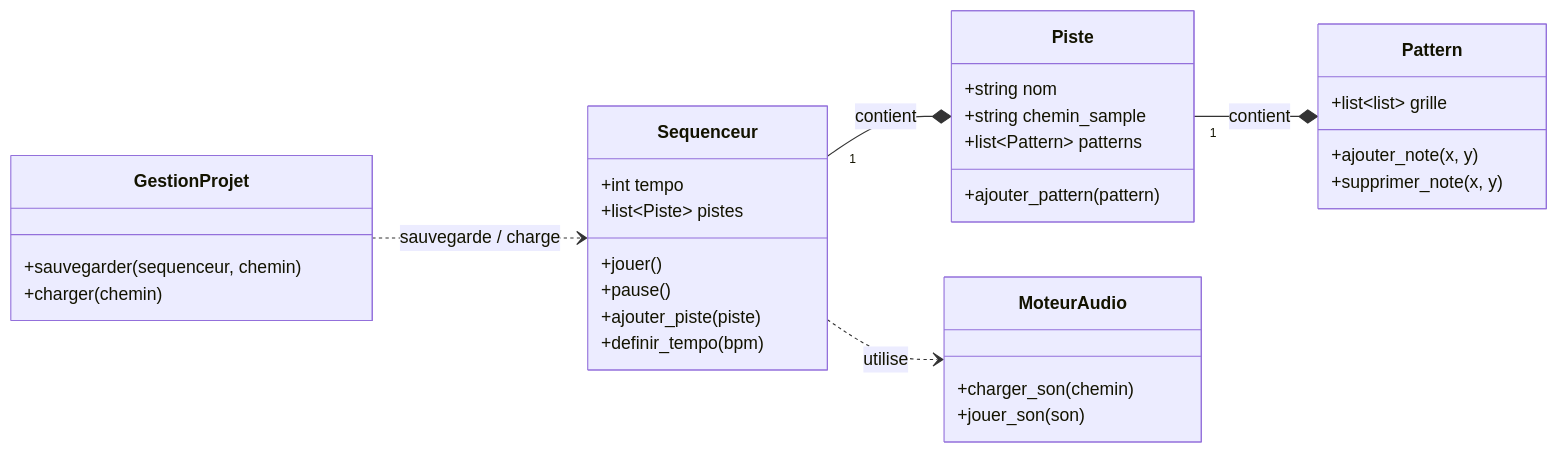
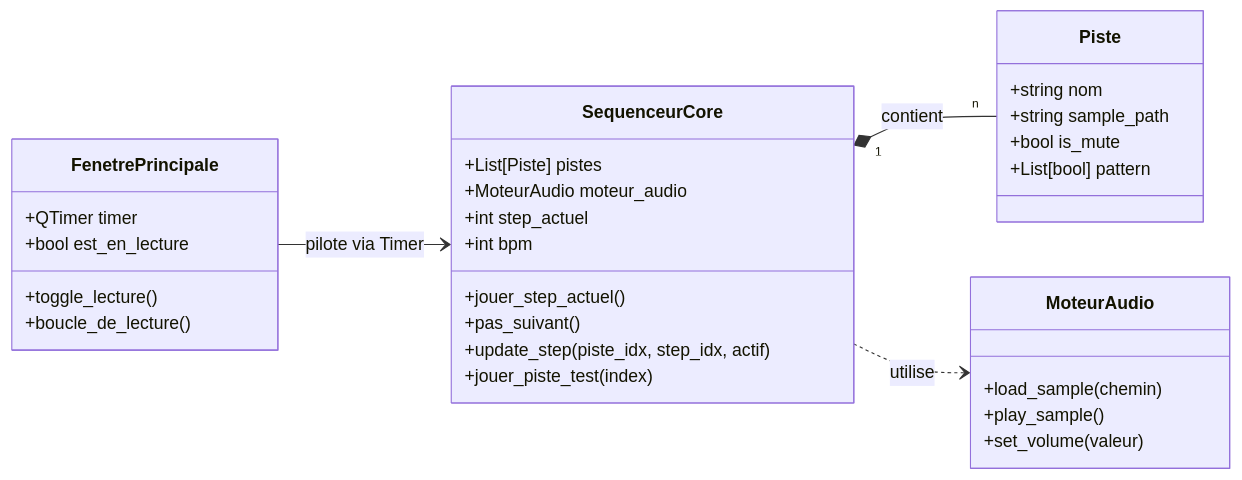
The diagram in ressources/Documentation générale/diagrammeclasseinitial.md (ElChahine/Sequenceur), drawn with Mermaid before and after one commit.

Commit message:
docs: mise à jour du diagramme de classe initial décembre

````diff
--- a/ressources/Documentation générale/diagrammeclasseinitial.md
+++ b/ressources/Documentation générale/diagrammeclasseinitial.md
@@ -1,43 +1,41 @@
 ```mermaid
 
 classDiagram
     direction LR
 
-    class Sequenceur {
-        +int tempo
-        +list~Piste~ pistes
-        +jouer()
-        +pause()
-        +ajouter_piste(piste)
-        +definir_tempo(bpm)
+    class FenetrePrincipale {
+        +QTimer timer
+        +bool est_en_lecture
+        +toggle_lecture()
+        +boucle_de_lecture()
+    }
+
+    class SequenceurCore {
+        +List[Piste] pistes
+        +MoteurAudio moteur_audio
+        +int step_actuel
+        +int bpm
+        +jouer_step_actuel()
+        +pas_suivant()
+        +update_step(piste_idx, step_idx, actif)
+        +jouer_piste_test(index)
     }
 
     class Piste {
         +string nom
-        +string chemin_sample
-        +list~Pattern~ patterns
-        +ajouter_pattern(pattern)
-    }
-
-    class Pattern {
-        +list~list~ grille
-        +ajouter_note(x, y)
-        +supprimer_note(x, y)
+        +string sample_path
+        +bool is_mute
+        +List[bool] pattern
     }
 
     class MoteurAudio {
-        +charger_son(chemin)
-        +jouer_son(son)
+        +load_sample(chemin)
+        +play_sample()
+        +set_volume(valeur)
     }
 
-    class GestionProjet {
-        +sauvegarder(sequenceur, chemin)
-        +charger(chemin)
-    }
-
-    Sequenceur "1" --* " " Piste : contient
-    Piste "1" --* " " Pattern : contient
-    Sequenceur ..> MoteurAudio : utilise
-    GestionProjet ..> Sequenceur : sauvegarde / charge
+    FenetrePrincipale --> SequenceurCore : pilote via Timer
+    SequenceurCore "1" *-- "n" Piste : contient
+    SequenceurCore ..> MoteurAudio : utilise
 
 ```
````
